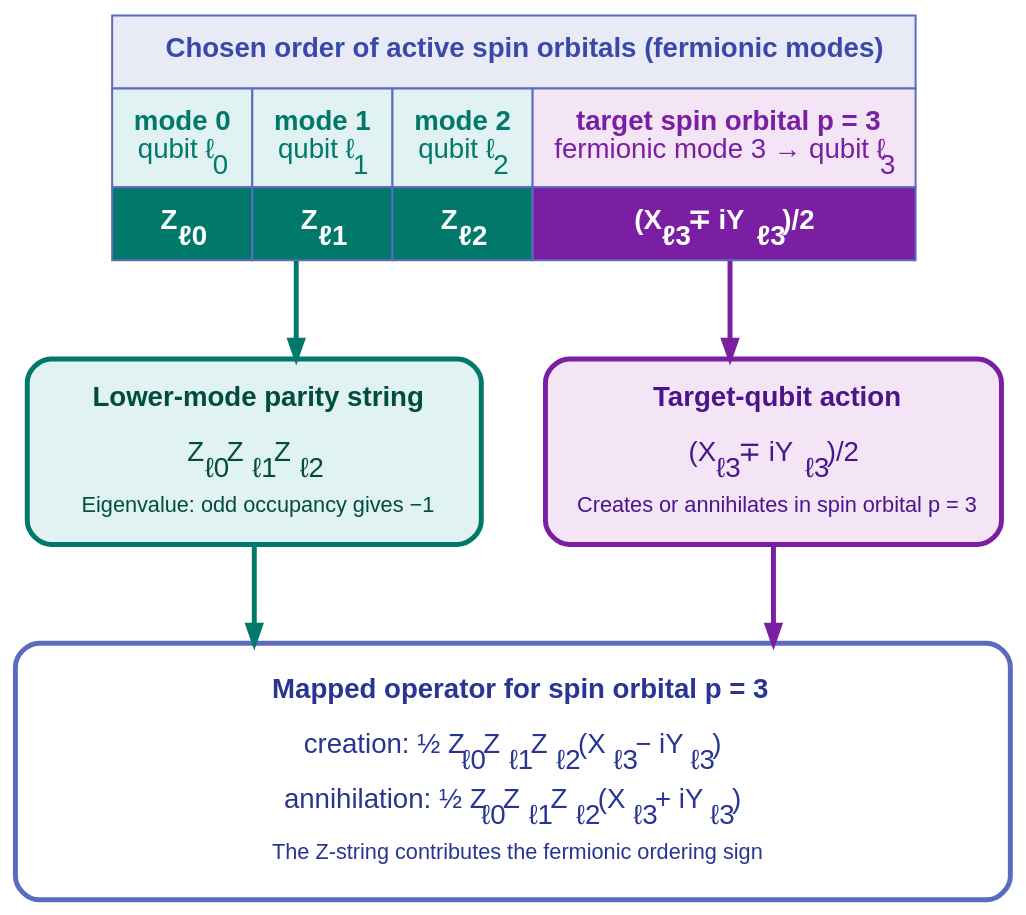
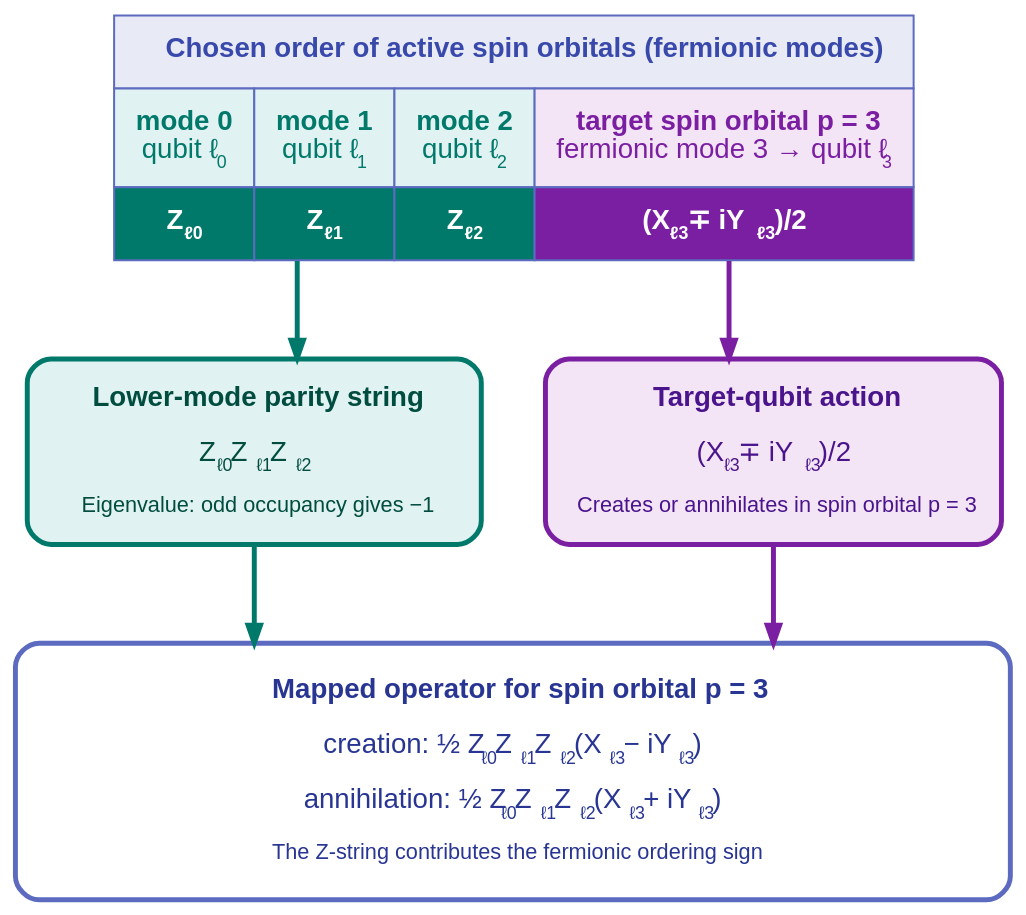
Before and after one commit to microsoft/qdk-chemistry: the diagram in docs/source/_static/diagrams/tutorial_qpe_jordan_wigner_parity.dot, drawn with Graphviz. The commit also changed 4 other files, not shown here.

Commit message:
Improve Graphviz subscript typography

```diff
--- a/docs/source/_static/diagrams/tutorial_qpe_jordan_wigner_parity.dot
+++ b/docs/source/_static/diagrams/tutorial_qpe_jordan_wigner_parity.dot
@@ -1,44 +1,44 @@
 digraph TutorialQpeJordanWignerParity {
     rankdir=TB;
     ranksep=0.7;
     nodesep=0.45;
     newrank=true;
     overlap=false;
     splines=ortho;
     pad=0.2;
     bgcolor="transparent";
 
     node [shape=box, style="rounded,filled", fontname="Arial", margin="0.22,0.18"];
     edge [penwidth=2.5, arrowsize=0.9, fontname="Arial"];
 
     Ordering [shape=plain, label=<<TABLE BORDER="0" CELLBORDER="1" CELLSPACING="0" CELLPADDING="10" COLOR="#5C6BC0">
         <TR><TD COLSPAN="4" BGCOLOR="#E8EAF6"><FONT COLOR="#3949AB"><B>Chosen order of active spin orbitals (fermionic modes)</B></FONT></TD></TR>
         <TR>
-            <TD BGCOLOR="#E0F2F1"><FONT COLOR="#00796B"><B>mode 0</B><BR/>qubit ℓ<SUB>0</SUB></FONT></TD>
-            <TD BGCOLOR="#E0F2F1"><FONT COLOR="#00796B"><B>mode 1</B><BR/>qubit ℓ<SUB>1</SUB></FONT></TD>
-            <TD BGCOLOR="#E0F2F1"><FONT COLOR="#00796B"><B>mode 2</B><BR/>qubit ℓ<SUB>2</SUB></FONT></TD>
-            <TD BGCOLOR="#F3E5F5"><FONT COLOR="#7B1FA2"><B>target spin orbital p = 3</B><BR/>fermionic mode 3 → qubit ℓ<SUB>3</SUB></FONT></TD>
+            <TD BGCOLOR="#E0F2F1"><FONT COLOR="#00796B"><B>mode 0</B><BR/>qubit ℓ<SUB><FONT POINT-SIZE="9">0</FONT></SUB></FONT></TD>
+            <TD BGCOLOR="#E0F2F1"><FONT COLOR="#00796B"><B>mode 1</B><BR/>qubit ℓ<SUB><FONT POINT-SIZE="9">1</FONT></SUB></FONT></TD>
+            <TD BGCOLOR="#E0F2F1"><FONT COLOR="#00796B"><B>mode 2</B><BR/>qubit ℓ<SUB><FONT POINT-SIZE="9">2</FONT></SUB></FONT></TD>
+            <TD BGCOLOR="#F3E5F5"><FONT COLOR="#7B1FA2"><B>target spin orbital p = 3</B><BR/>fermionic mode 3 → qubit ℓ<SUB><FONT POINT-SIZE="9">3</FONT></SUB></FONT></TD>
         </TR>
         <TR>
-            <TD BGCOLOR="#00796B"><FONT COLOR="#FFFFFF"><B>Z<SUB>ℓ0</SUB></B></FONT></TD>
-            <TD BGCOLOR="#00796B"><FONT COLOR="#FFFFFF"><B>Z<SUB>ℓ1</SUB></B></FONT></TD>
-            <TD BGCOLOR="#00796B"><FONT COLOR="#FFFFFF"><B>Z<SUB>ℓ2</SUB></B></FONT></TD>
-            <TD BGCOLOR="#7B1FA2"><FONT COLOR="#FFFFFF"><B>(X<SUB>ℓ3</SUB> ∓ iY<SUB>ℓ3</SUB>)/2</B></FONT></TD>
+            <TD BGCOLOR="#00796B"><FONT COLOR="#FFFFFF"><B>Z<SUB><FONT POINT-SIZE="9">ℓ0</FONT></SUB></B></FONT></TD>
+            <TD BGCOLOR="#00796B"><FONT COLOR="#FFFFFF"><B>Z<SUB><FONT POINT-SIZE="9">ℓ1</FONT></SUB></B></FONT></TD>
+            <TD BGCOLOR="#00796B"><FONT COLOR="#FFFFFF"><B>Z<SUB><FONT POINT-SIZE="9">ℓ2</FONT></SUB></B></FONT></TD>
+            <TD BGCOLOR="#7B1FA2"><FONT COLOR="#FFFFFF"><B>(X<SUB><FONT POINT-SIZE="9">ℓ3</FONT></SUB> ∓ iY<SUB><FONT POINT-SIZE="9">ℓ3</FONT></SUB>)/2</B></FONT></TD>
         </TR>
     </TABLE>>];
 
     subgraph factors {
         rank=same;
 
-        Parity [label=<<B>Lower-mode parity string</B><BR/><BR/>Z<SUB>ℓ0</SUB> Z<SUB>ℓ1</SUB> Z<SUB>ℓ2</SUB><BR/><BR/><FONT POINT-SIZE="11">Eigenvalue: odd occupancy gives −1</FONT>>, fillcolor="#E0F2F1", color="#00796B", penwidth=2.5, fontcolor="#004D40", width=3.2, height=1.3];
+        Parity [label=<<B>Lower-mode parity string</B><BR/><BR/>Z<SUB><FONT POINT-SIZE="9">ℓ0</FONT></SUB> Z<SUB><FONT POINT-SIZE="9">ℓ1</FONT></SUB> Z<SUB><FONT POINT-SIZE="9">ℓ2</FONT></SUB><BR/><BR/><FONT POINT-SIZE="11">Eigenvalue: odd occupancy gives −1</FONT>>, fillcolor="#E0F2F1", color="#00796B", penwidth=2.5, fontcolor="#004D40", width=3.2, height=1.3];
 
-        Target [label=<<B>Target-qubit action</B><BR/><BR/>(X<SUB>ℓ3</SUB> ∓ iY<SUB>ℓ3</SUB>)/2<BR/><BR/><FONT POINT-SIZE="11">Creates or annihilates in spin orbital p = 3</FONT>>, fillcolor="#F3E5F5", color="#7B1FA2", penwidth=2.5, fontcolor="#4A148C", width=3.2, height=1.3];
+        Target [label=<<B>Target-qubit action</B><BR/><BR/>(X<SUB><FONT POINT-SIZE="9">ℓ3</FONT></SUB> ∓ iY<SUB><FONT POINT-SIZE="9">ℓ3</FONT></SUB>)/2<BR/><BR/><FONT POINT-SIZE="11">Creates or annihilates in spin orbital p = 3</FONT>>, fillcolor="#F3E5F5", color="#7B1FA2", penwidth=2.5, fontcolor="#4A148C", width=3.2, height=1.3];
     }
 
-    Combined [label=<<B>Mapped operator for spin orbital p = 3</B><BR/><BR/>creation: ½ Z<SUB>ℓ0</SUB> Z<SUB>ℓ1</SUB> Z<SUB>ℓ2</SUB> (X<SUB>ℓ3</SUB> − iY<SUB>ℓ3</SUB>)<BR/><BR/>annihilation: ½ Z<SUB>ℓ0</SUB> Z<SUB>ℓ1</SUB> Z<SUB>ℓ2</SUB> (X<SUB>ℓ3</SUB> + iY<SUB>ℓ3</SUB>)<BR/><BR/><FONT POINT-SIZE="11">The Z-string contributes the fermionic ordering sign</FONT>>, fillcolor="#FFFFFF", color="#5C6BC0", penwidth=2.5, fontcolor="#283593", width=7.0, height=1.8];
+    Combined [label=<<B>Mapped operator for spin orbital p = 3</B><BR/><BR/>creation: ½ Z<SUB><FONT POINT-SIZE="9">ℓ0</FONT></SUB> Z<SUB><FONT POINT-SIZE="9">ℓ1</FONT></SUB> Z<SUB><FONT POINT-SIZE="9">ℓ2</FONT></SUB> (X<SUB><FONT POINT-SIZE="9">ℓ3</FONT></SUB> − iY<SUB><FONT POINT-SIZE="9">ℓ3</FONT></SUB>)<BR/><BR/>annihilation: ½ Z<SUB><FONT POINT-SIZE="9">ℓ0</FONT></SUB> Z<SUB><FONT POINT-SIZE="9">ℓ1</FONT></SUB> Z<SUB><FONT POINT-SIZE="9">ℓ2</FONT></SUB> (X<SUB><FONT POINT-SIZE="9">ℓ3</FONT></SUB> + iY<SUB><FONT POINT-SIZE="9">ℓ3</FONT></SUB>)<BR/><BR/><FONT POINT-SIZE="11">The Z-string contributes the fermionic ordering sign</FONT>>, fillcolor="#FFFFFF", color="#5C6BC0", penwidth=2.5, fontcolor="#283593", width=7.0, height=1.8];
 
     Ordering -> Parity [color="#00796B"];
     Ordering -> Target [color="#7B1FA2"];
     Parity -> Combined [color="#00796B"];
     Target -> Combined [color="#7B1FA2"];
 }
```
